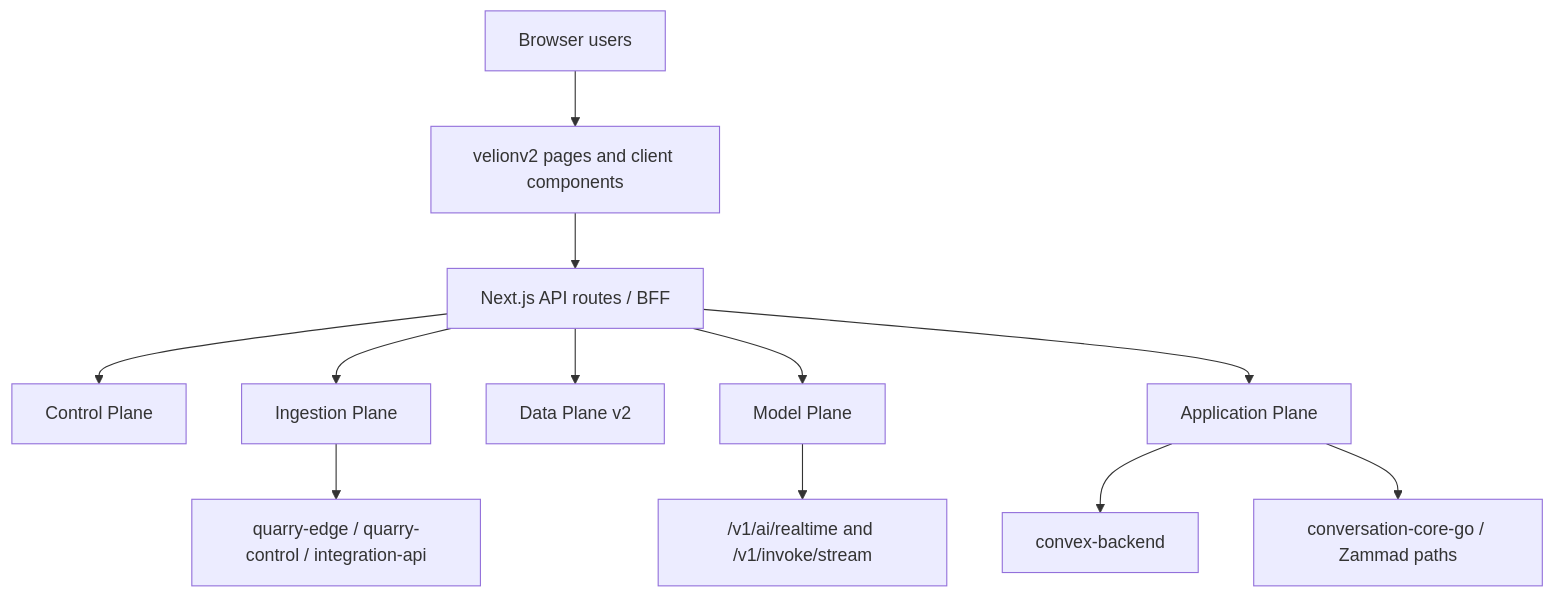
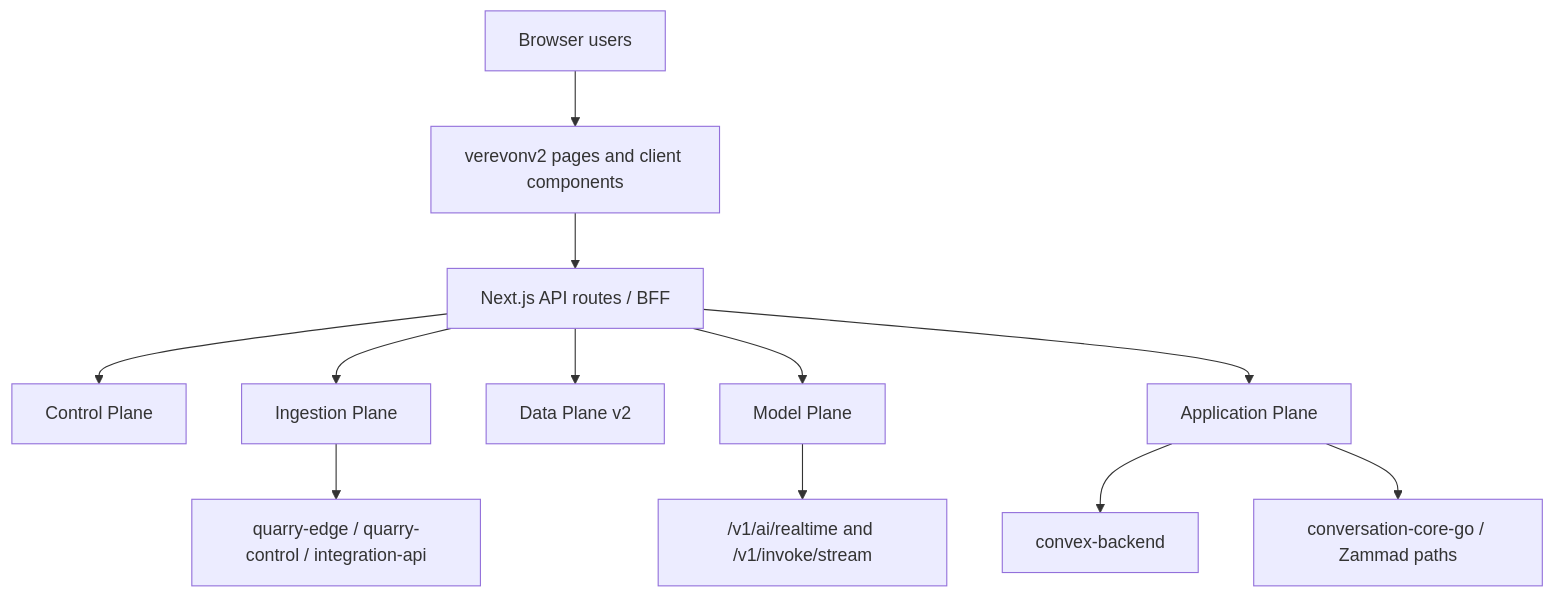
The diagram in apps/Frontend Plane/velionv2/FRONTEND_PLANE_DEEP_DIVE.md (nisjety/CoreSystems), drawn with Mermaid before and after one commit. The commit also changed other lines of this file and 2447 other files, not shown here.

````diff
--- a/apps/Frontend Plane/velionv2/FRONTEND_PLANE_DEEP_DIVE.md
+++ b/apps/Frontend Plane/velionv2/FRONTEND_PLANE_DEEP_DIVE.md
@@ -70,16 +70,16 @@
 ```mermaid
 flowchart TD
-    Browser["Browser users"] --> FE["velionv2 pages and client components"]
+    Browser["Browser users"] --> FE["verevonv2 pages and client components"]
     FE --> BFF["Next.js API routes / BFF"]
 
     BFF --> CP["Control Plane"]
     BFF --> IP["Ingestion Plane"]
     BFF --> DP["Data Plane v2"]
     BFF --> MP["Model Plane"]
     BFF --> AP["Application Plane"]
 
     AP --> Convex["convex-backend"]
     AP --> Support["conversation-core-go / Zammad paths"]
     MP --> Voice["/v1/ai/realtime and /v1/invoke/stream"]
     IP --> Quarry["quarry-edge / quarry-control / integration-api"]
 ```
````
